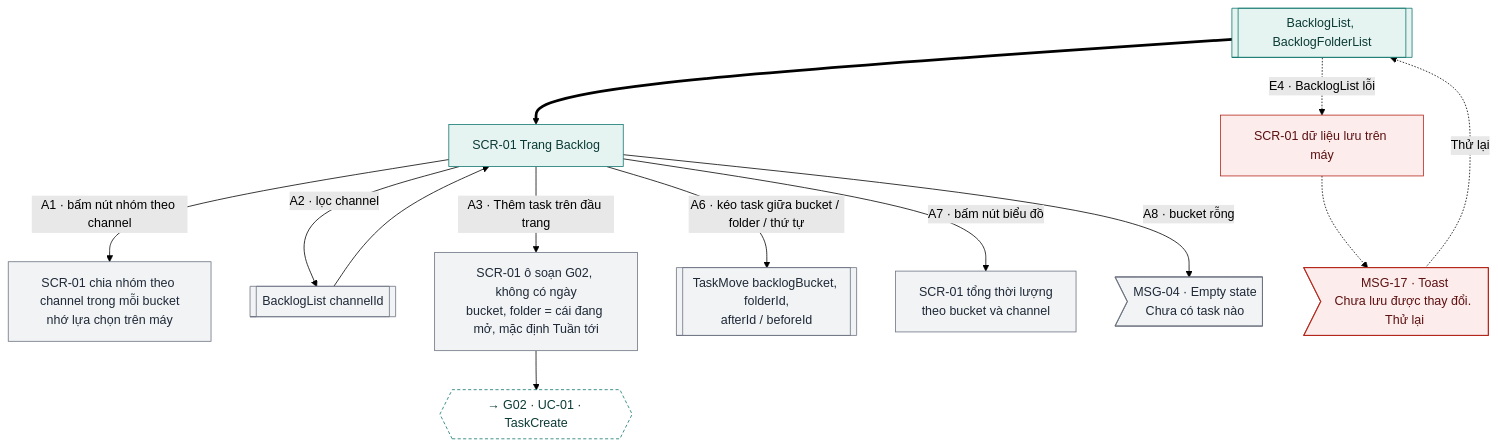
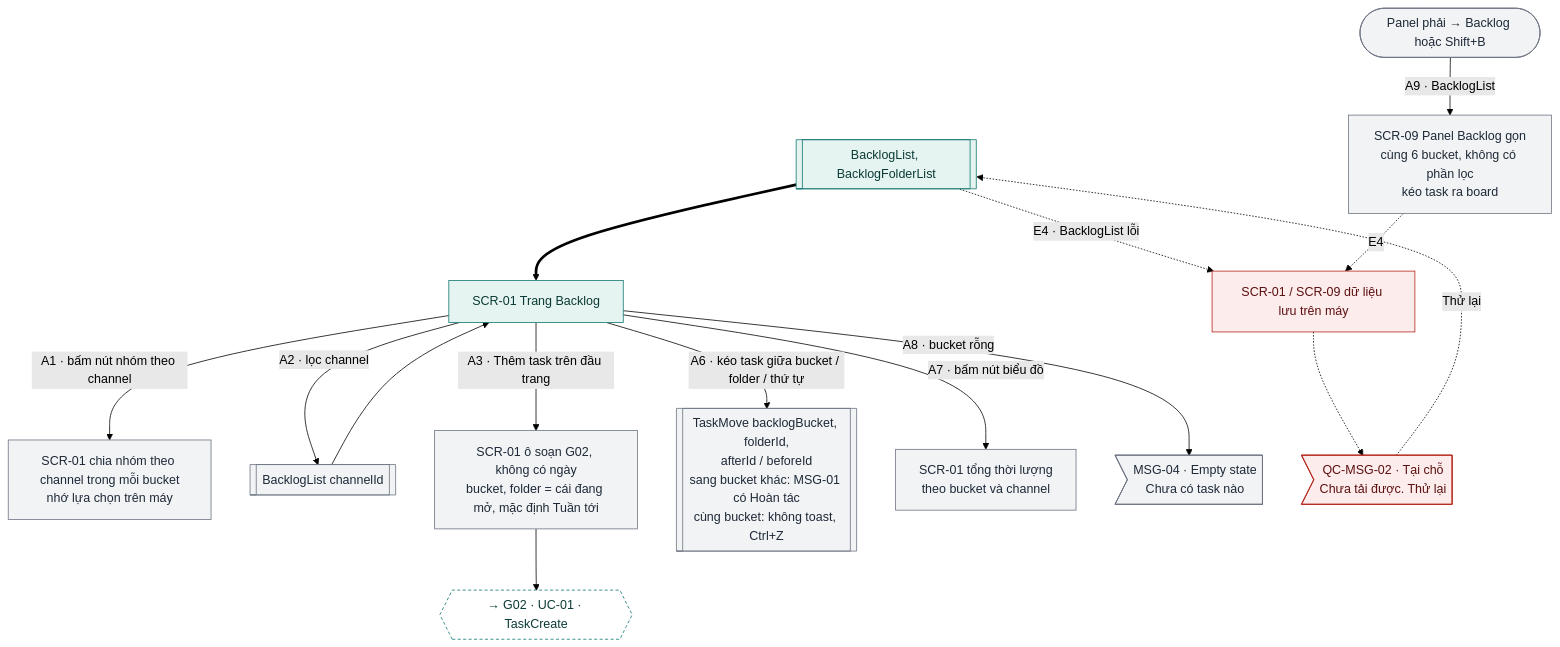
One commit to tannguyenho/personal-app changed the fifth of 18 diagrams in docs/design-brief/flow/g06-backlog-rollover.md. Above: the diagram before and after it, drawn with Mermaid (forest theme). The commit also changed other lines of this file and 5 other files, not shown here.

First line of the commit message:
docs(G03, G06): áp quyết định PO 09/11 vào SRS, PRD, flow

````diff
--- a/docs/design-brief/flow/g06-backlog-rollover.md
+++ b/docs/design-brief/flow/g06-backlog-rollover.md
@@ -177,33 +177,35 @@
 ```mermaid
 flowchart TD
   p1[["BacklogList, BacklogFolderList"]]
   s1["SCR-01 Trang Backlog"]
   p1 ==> s1
 
   s1 -->|"A1 · bấm nút nhóm theo channel"| a1["SCR-01 chia nhóm theo channel trong mỗi bucket<br/>nhớ lựa chọn trên máy"]
   s1 -->|"A2 · lọc channel"| a2[["BacklogList channelId"]]
   a2 --> s1
   s1 -->|"A3 · Thêm task trên đầu trang"| a3["SCR-01 ô soạn G02, không có ngày<br/>bucket, folder = cái đang mở, mặc định Tuần tới"]
   a3 --> a3x{{"→ G02 · UC-01 · TaskCreate"}}
-  s1 -->|"A6 · kéo task giữa bucket / folder / thứ tự"| a6[["TaskMove backlogBucket, folderId,<br/>afterId / beforeId"]]
+  s1 -->|"A6 · kéo task giữa bucket / folder / thứ tự"| a6[["TaskMove backlogBucket, folderId,<br/>afterId / beforeId<br/>sang bucket khác: MSG-01 có Hoàn tác<br/>cùng bucket: không toast, Ctrl+Z"]]
   s1 -->|"A7 · bấm nút biểu đồ"| a7["SCR-01 tổng thời lượng<br/>theo bucket và channel"]
   s1 -->|"A8 · bucket rỗng"| a8m>"MSG-04 · Empty state<br/>Chưa có task nào"]
+  a9s(["Panel phải → Backlog hoặc Shift+B"]) -->|"A9 · BacklogList"| a9["SCR-09 Panel Backlog gọn<br/>cùng 6 bucket, không có phần lọc<br/>kéo task ra board"]
 
-  p1 -.->|"E4 · BacklogList lỗi"| e4["SCR-01 dữ liệu lưu trên máy"]
-  e4 -.-> e4m>"MSG-17 · Toast<br/>Chưa lưu được thay đổi. Thử lại"]
+  p1 -.->|"E4 · BacklogList lỗi"| e4["SCR-01 / SCR-09 dữ liệu lưu trên máy"]
+  a9 -.->|"E4"| e4
+  e4 -.-> e4m>"QC-MSG-02 · Tại chỗ<br/>Chưa tải được. Thử lại"]
   e4m -.->|"Thử lại"| p1
 
   class p1,s1 happy
-  class a1,a2,a3,a6,a7,a8m alt
+  class a1,a2,a3,a6,a7,a8m,a9s,a9 alt
   class a3x link
   class e4,e4m err
   classDef happy fill:#E6F4F1,stroke:#0F766E,color:#0B3B36
   classDef alt fill:#F1F3F5,stroke:#6B7280,color:#1F2937
   classDef err fill:#FDECEC,stroke:#B42318,color:#5C1010
   classDef warn fill:#FEF4E2,stroke:#B45309,color:#4A2604
   classDef ai fill:#F1ECFD,stroke:#6D28D9,color:#2E1065
   classDef sync fill:#FFFFFF,stroke:#6B7280,stroke-dasharray:4 3,color:#1F2937
   classDef link fill:#FFFFFF,stroke:#0F766E,stroke-dasharray:4 3,color:#0B3B36
   classDef done fill:#E6F4F1,stroke:#0F766E,stroke-width:3px,color:#0B3B36
   classDef fail fill:#FDECEC,stroke:#B42318,stroke-width:3px,color:#5C1010
 ```
````
